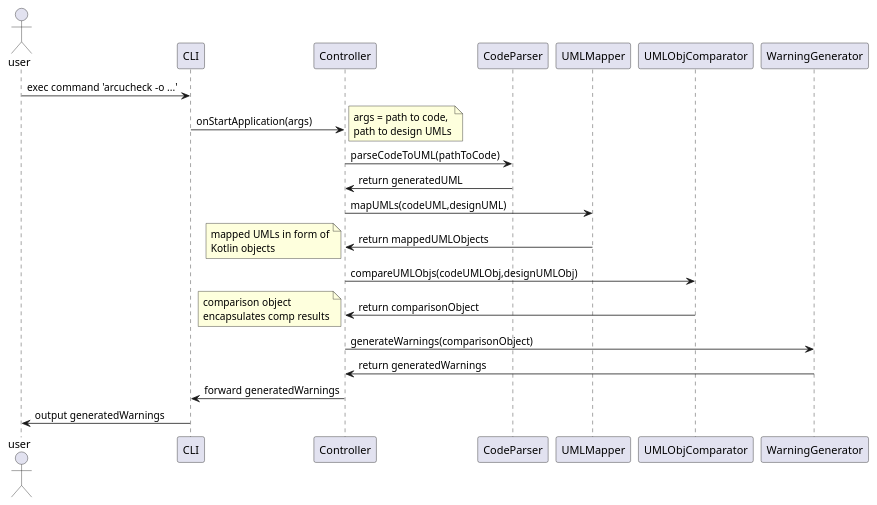
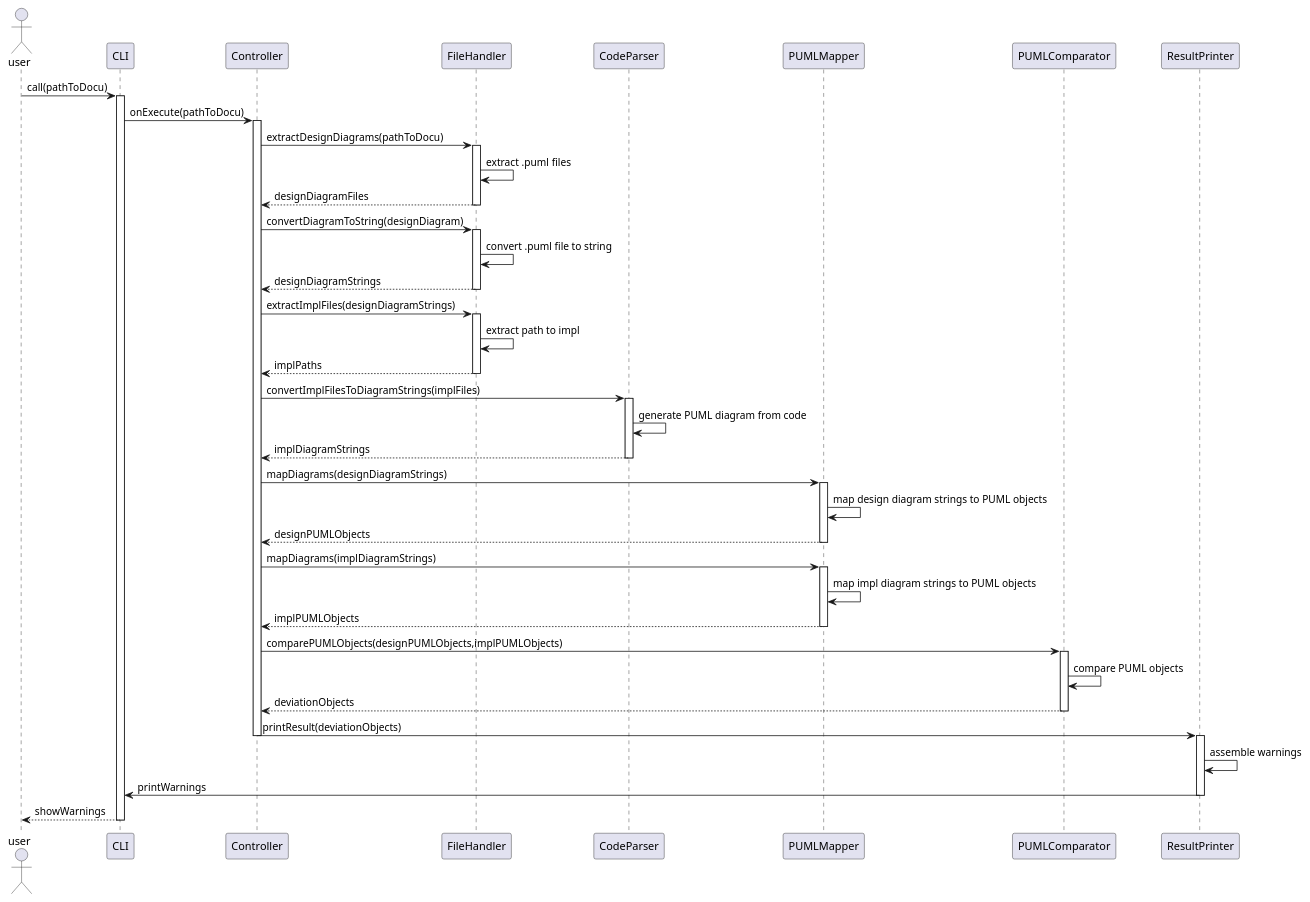
Before and after one commit to PiaSchilling/arcucheck: the diagram in docs/arc42/images/runtime_view.puml, drawn with PlantUML. The commit also changed 16 other files, not shown here.

```diff
--- a/docs/arc42/images/runtime_view.puml
+++ b/docs/arc42/images/runtime_view.puml
@@ -1,37 +1,59 @@
 @startuml
-'https://plantuml.com/sequence-diagram
 
 actor user
 participant CLI
 participant Controller
+participant FileHandler
 participant CodeParser
-participant UMLMapper
-participant UMLObjComparator
-participant WarningGenerator
+participant PUMLMapper
+participant PUMLComparator
+participant ResultPrinter
 
-user -> CLI: exec command 'arcucheck -o ...'
-CLI -> Controller: onStartApplication(args)
-note right
-args = path to code,
-path to design UMLs
-end note
-Controller -> CodeParser: parseCodeToUML(pathToCode)
-CodeParser -> Controller: return generatedUML
-Controller -> UMLMapper: mapUMLs(codeUML,designUML)
-UMLMapper -> Controller: return mappedUMLObjects
-note left
-mapped UMLs in form of
-Kotlin objects
-end note
-Controller -> UMLObjComparator: compareUMLObjs(codeUMLObj,designUMLObj)
-UMLObjComparator -> Controller: return comparisonObject
-note left
-comparison object
-encapsulates comp results
-end note
-Controller -> WarningGenerator: generateWarnings(comparisonObject)
-WarningGenerator -> Controller: return generatedWarnings
-Controller -> CLI: forward generatedWarnings
-CLI -> user: output generatedWarnings
-
+user -> CLI: call(pathToDocu)
+activate CLI
+CLI -> Controller: onExecute(pathToDocu)
+activate Controller
+Controller -> FileHandler: extractDesignDiagrams(pathToDocu)
+activate FileHandler
+FileHandler -> FileHandler: extract .puml files
+Controller <-- FileHandler: designDiagramFiles
+deactivate FileHandler
+Controller -> FileHandler: convertDiagramToString(designDiagram)
+activate FileHandler
+FileHandler -> FileHandler: convert .puml file to string
+Controller <-- FileHandler: designDiagramStrings
+deactivate FileHandler
+Controller -> FileHandler: extractImplFiles(designDiagramStrings)
+activate FileHandler
+FileHandler -> FileHandler: extract path to impl
+Controller <-- FileHandler: implPaths
+deactivate FileHandler
+Controller -> CodeParser: convertImplFilesToDiagramStrings(implFiles)
+activate CodeParser
+CodeParser -> CodeParser: generate PUML diagram from code
+Controller <-- CodeParser: implDiagramStrings
+deactivate CodeParser
+Controller -> PUMLMapper: mapDiagrams(designDiagramStrings)
+activate PUMLMapper
+PUMLMapper -> PUMLMapper: map design diagram strings to PUML objects
+Controller <-- PUMLMapper: designPUMLObjects
+deactivate PUMLMapper
+Controller -> PUMLMapper: mapDiagrams(implDiagramStrings)
+activate PUMLMapper
+PUMLMapper -> PUMLMapper: map impl diagram strings to PUML objects
+Controller <-- PUMLMapper: implPUMLObjects
+deactivate PUMLMapper
+Controller -> PUMLComparator: comparePUMLObjects(designPUMLObjects,implPUMLObjects)
+activate PUMLComparator
+PUMLComparator -> PUMLComparator: compare PUML objects
+Controller <-- PUMLComparator: deviationObjects
+deactivate PUMLComparator
+Controller -> ResultPrinter: printResult(deviationObjects)
+deactivate Controller
+activate ResultPrinter
+ResultPrinter -> ResultPrinter: assemble warnings
+ResultPrinter -> CLI: printWarnings
+deactivate ResultPrinter
+user <-- CLI: showWarnings
+deactivate CLI
 @enduml
```
